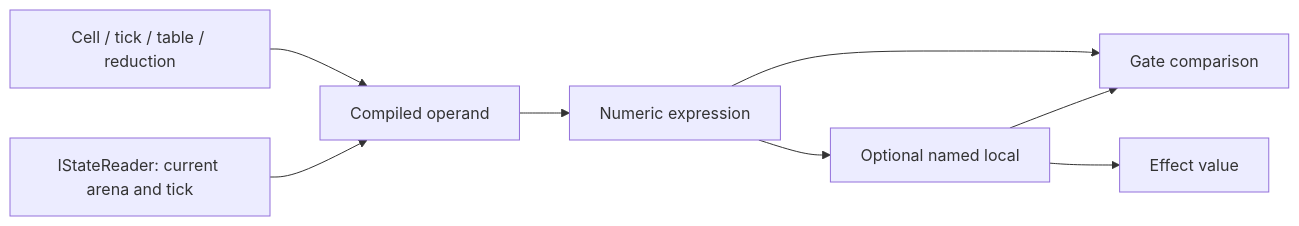
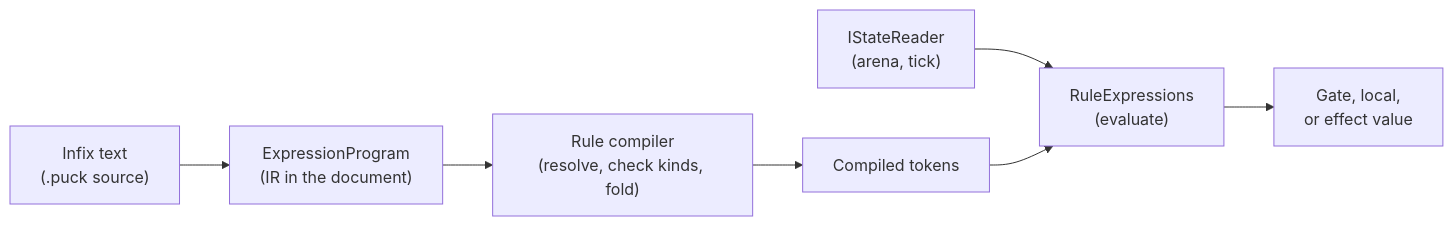
One commit to ByteTerrace/Puck changed the diagram in docs/reference/state/expressions.md. Above: the diagram before and after it, drawn with Mermaid. The commit also changed other lines of this file and 4567 other files, not shown here.

````diff
--- a/docs/reference/state/expressions.md
+++ b/docs/reference/state/expressions.md
@@ -11,10 +41,9 @@
 ```mermaid
 flowchart LR
-    Source["Cell / tick / table / reduction"] --> Fact["Compiled operand"]
-    Reader["IStateReader: current arena and tick"] --> Fact
-    Fact --> Expr["Numeric expression"]
-    Expr --> Local["Optional named local"]
-    Expr --> Gate["Gate comparison"]
-    Local --> Gate
-    Local --> Effect["Effect value"]
+    Text["Infix text<br/>(.puck source)"] --> Program["ExpressionProgram<br/>(IR in the document)"]
+    Program --> Compiler["Rule compiler<br/>(resolve, check kinds, fold)"]
+    Compiler --> Tokens["Compiled tokens"]
+    Reader["IStateReader<br/>(arena, tick)"] --> Evaluate["RuleExpressions<br/>(evaluate)"]
+    Tokens --> Evaluate
+    Evaluate --> Use["Gate, local,<br/>or effect value"]
 ```
````
